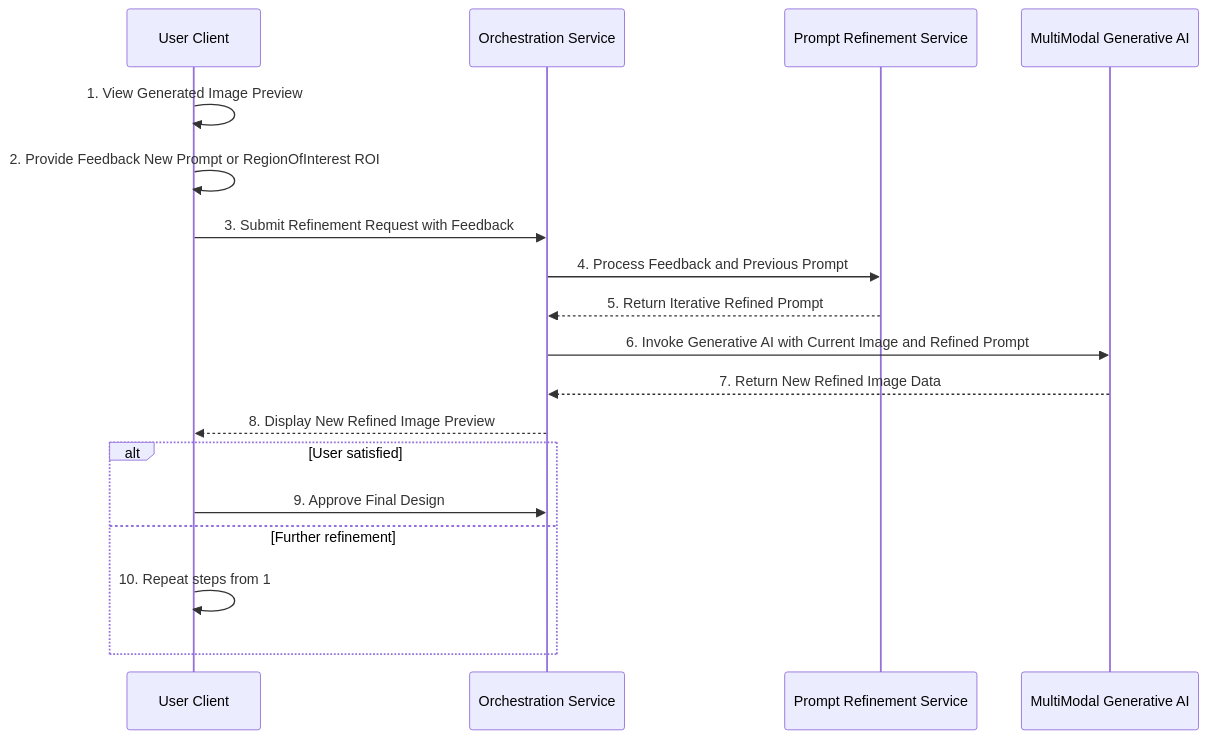
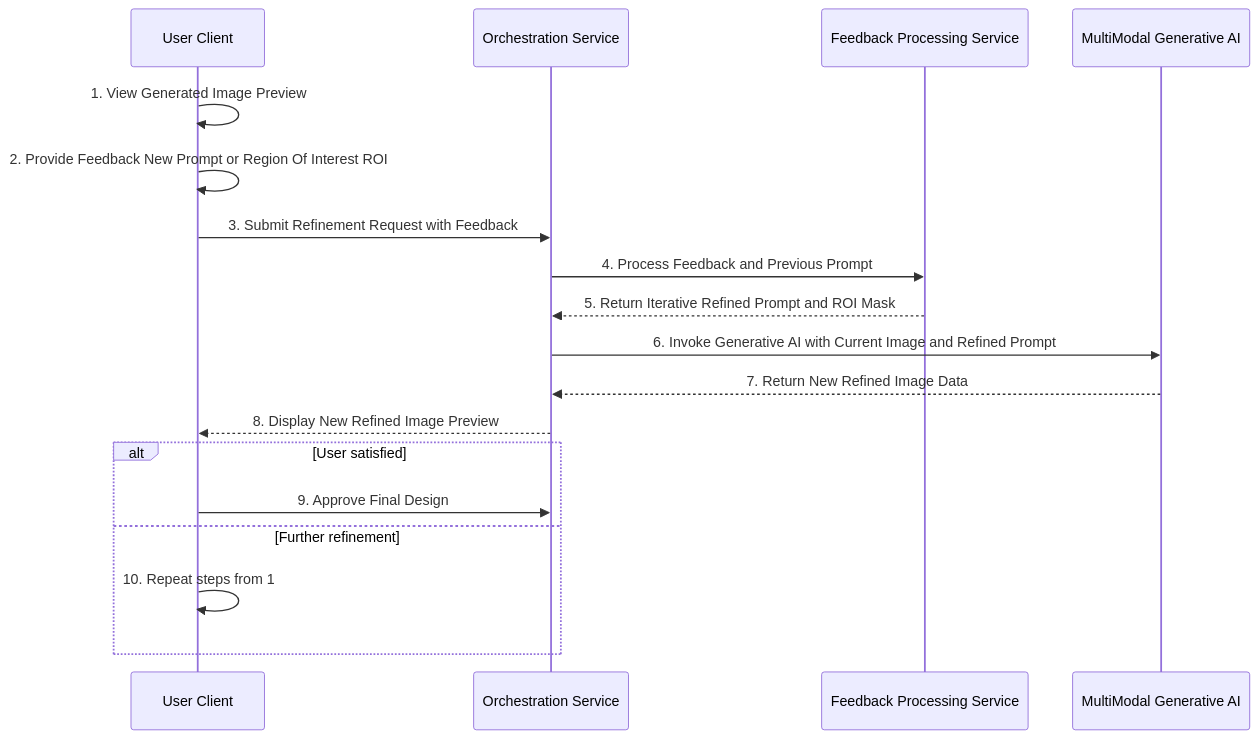
One commit to diplomat-bit/Citibank_Demo_Business_Inc_Demonstration- changed the fourth of 14 diagrams in inventions/003_narrative_generative_image_editing.md. Above: the diagram before and after it, drawn with Mermaid. The commit also changed other lines of this file, not shown here.

````diff
--- a/inventions/003_narrative_generative_image_editing.md
+++ b/inventions/003_narrative_generative_image_editing.md
@@ -109,21 +122,21 @@
 ```mermaid
 sequenceDiagram
     participant User as User Client
     participant Orchestrator as Orchestration Service
-    participant PromptRefiner as Prompt Refinement Service
+    participant FeedbackProcessor as Feedback Processing Service
     participant GenerativeAI as MultiModal Generative AI
 
     User->>User: 1. View Generated Image Preview
-    User->>User: 2. Provide Feedback New Prompt or RegionOfInterest ROI
+    User->>User: 2. Provide Feedback New Prompt or Region Of Interest ROI
     User->>Orchestrator: 3. Submit Refinement Request with Feedback
-    Orchestrator->>PromptRefiner: 4. Process Feedback and Previous Prompt
-    PromptRefiner-->>Orchestrator: 5. Return Iterative Refined Prompt
+    Orchestrator->>FeedbackProcessor: 4. Process Feedback and Previous Prompt
+    FeedbackProcessor-->>Orchestrator: 5. Return Iterative Refined Prompt and ROI Mask
     Orchestrator->>GenerativeAI: 6. Invoke Generative AI with Current Image and Refined Prompt
     GenerativeAI-->>Orchestrator: 7. Return New Refined Image Data
     Orchestrator-->>User: 8. Display New Refined Image Preview
     alt User satisfied
         User->>Orchestrator: 9. Approve Final Design
     else Further refinement
         User->>User: 10. Repeat steps from 1
     end
 ```
````
